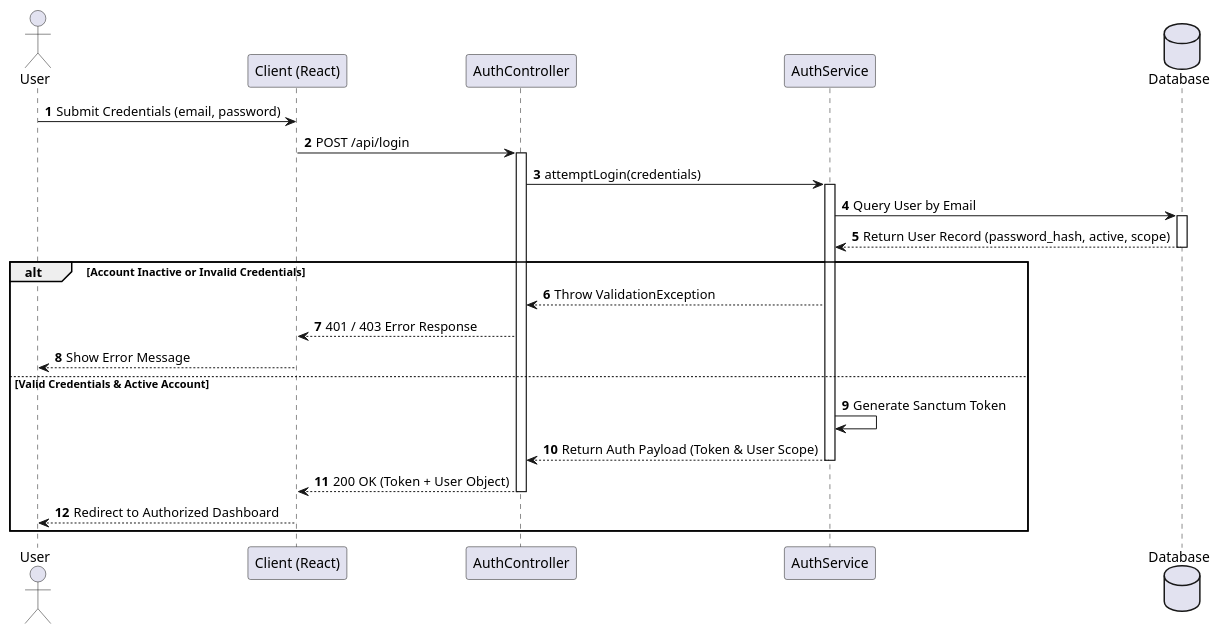
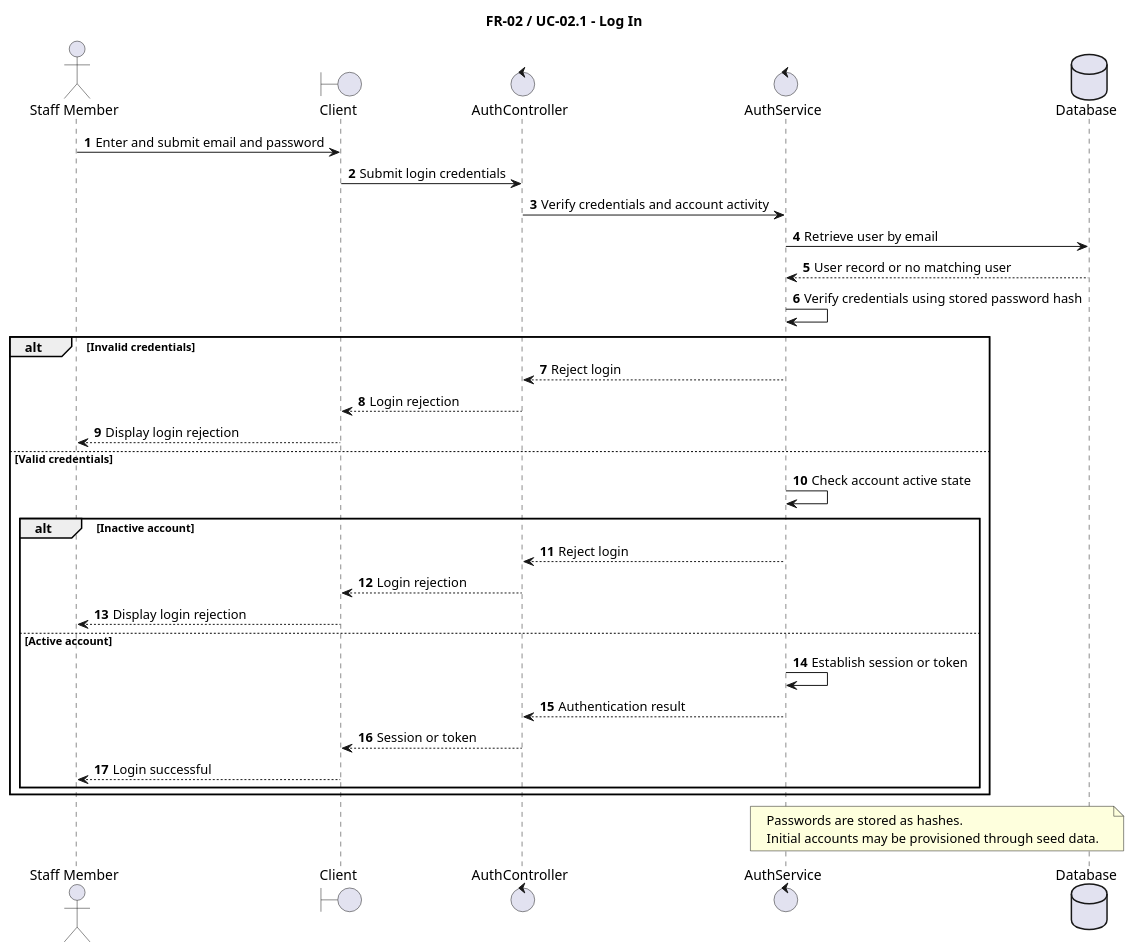
Before and after one commit to TitanDevX/BloodBankPlatformUni: the diagram in docs/uml/Sequence/SQ-02-Login.puml, drawn with PlantUML. The commit also changed 15 other files, not shown here.

Commit message:
Add UML diagrams

```diff
--- a/docs/uml/Sequence/SQ-02-Login.puml
+++ b/docs/uml/Sequence/SQ-02-Login.puml
@@ -1,33 +1,36 @@
-@startuml Login_Sequence
+@startuml FR02_Login_Sequence
+title FR-02 / UC-02.1 - Log In
 autonumber
-actor "User" as User
-participant "Client (React)" as Client
-participant "AuthController" as AuthCtrl
-participant "AuthService" as AuthService
+actor "Staff Member" as Staff
+boundary "Client" as Client
+control "AuthController" as Ctrl
+control "AuthService" as Svc
 database "Database" as DB
-
-User -> Client : Submit Credentials (email, password)
-Client -> AuthCtrl : POST /api/login
-activate AuthCtrl
-
-AuthCtrl -> AuthService : attemptLogin(credentials)
-activate AuthService
-
-AuthService -> DB : Query User by Email
-activate DB
-DB --> AuthService : Return User Record (password_hash, active, scope)
-deactivate DB
-
-alt Account Inactive or Invalid Credentials
-    AuthService --> AuthCtrl : Throw ValidationException
-    AuthCtrl --> Client : 401 / 403 Error Response
-    Client --> User : Show Error Message
-else Valid Credentials & Active Account
-    AuthService -> AuthService : Generate Sanctum Token
-    AuthService --> AuthCtrl : Return Auth Payload (Token & User Scope)
-    deactivate AuthService
-    AuthCtrl --> Client : 200 OK (Token + User Object)
-    deactivate AuthCtrl
-    Client --> User : Redirect to Authorized Dashboard
+Staff -> Client: Enter and submit email and password
+Client -> Ctrl: Submit login credentials
+Ctrl -> Svc: Verify credentials and account activity
+Svc -> DB: Retrieve user by email
+DB --> Svc: User record or no matching user
+Svc -> Svc: Verify credentials using stored password hash
+alt Invalid credentials
+  Svc --> Ctrl: Reject login
+  Ctrl --> Client: Login rejection
+  Client --> Staff: Display login rejection
+else Valid credentials
+  Svc -> Svc: Check account active state
+  alt Inactive account
+    Svc --> Ctrl: Reject login
+    Ctrl --> Client: Login rejection
+    Client --> Staff: Display login rejection
+  else Active account
+    Svc -> Svc: Establish session or token
+    Svc --> Ctrl: Authentication result
+    Ctrl --> Client: Session or token
+    Client --> Staff: Login successful
+  end
 end
+note over Svc, DB
+  Passwords are stored as hashes.
+  Initial accounts may be provisioned through seed data.
+end note
 @enduml
```
